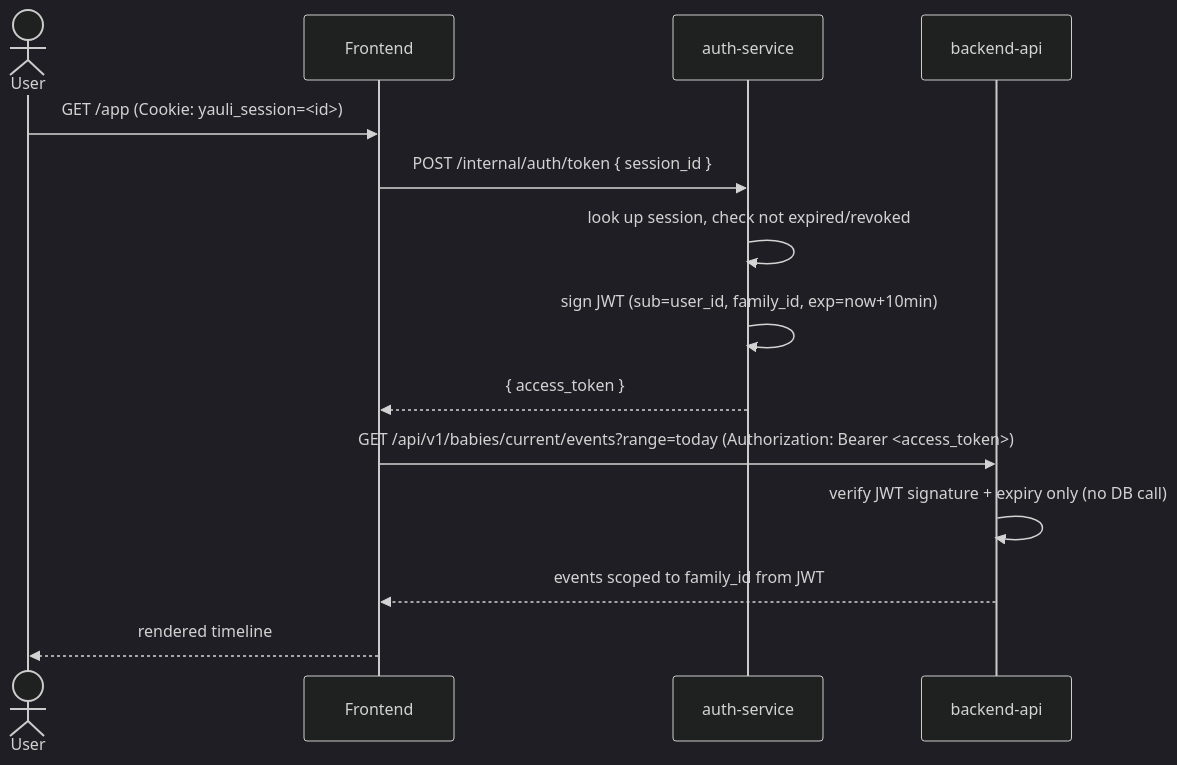
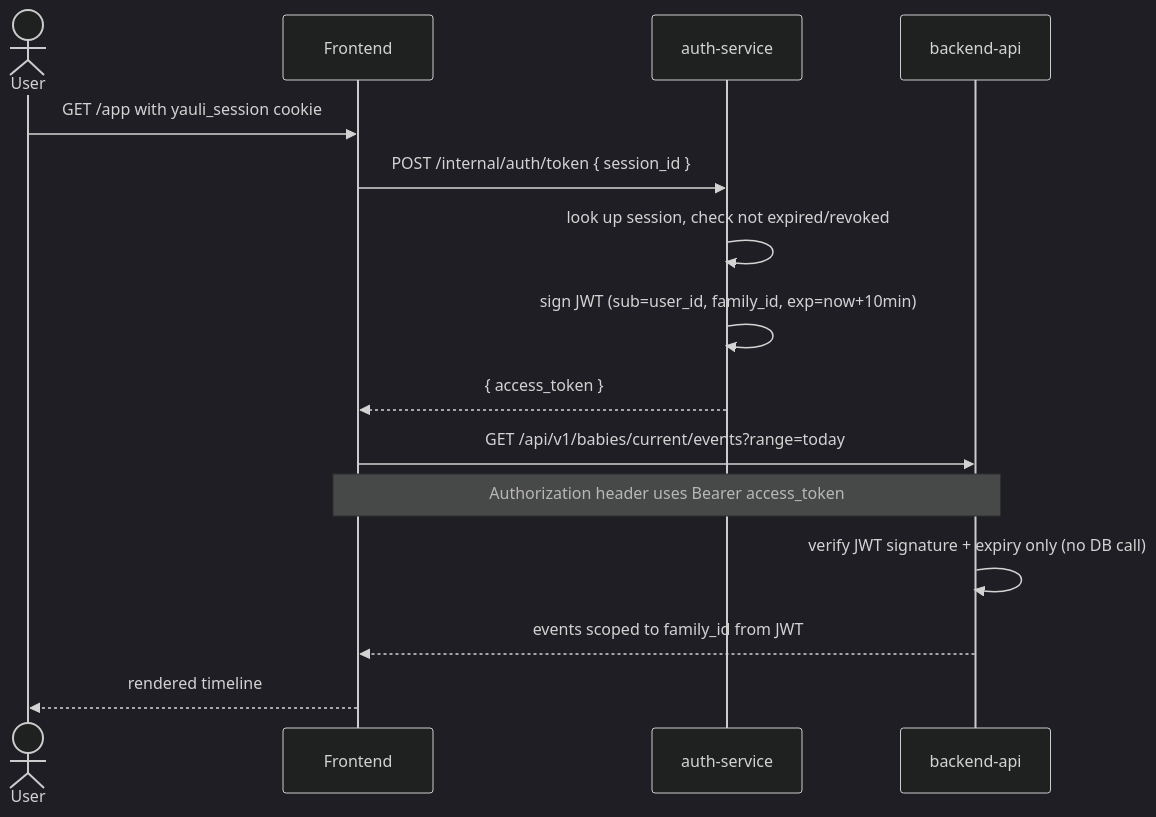
The second of 4 diagrams in docs/auth-magic-link.md (andreistefanciprian/yauyau), drawn with Mermaid (dark theme) before and after one commit. The commit also changed other lines of this file, not shown here.

Commit message:
Fix auth magic link Mermaid diagram

````diff
--- a/docs/auth-magic-link.md
+++ b/docs/auth-magic-link.md
@@ -164,17 +167,18 @@
 ```mermaid
 sequenceDiagram
     actor User
     participant Frontend
     participant Auth as auth-service
     participant Backend as backend-api
 
-    User->>Frontend: GET /app (Cookie: yauli_session=<id>)
+    User->>Frontend: GET /app with yauli_session cookie
     Frontend->>Auth: POST /internal/auth/token { session_id }
     Auth->>Auth: look up session, check not expired/revoked
     Auth->>Auth: sign JWT (sub=user_id, family_id, exp=now+10min)
     Auth-->>Frontend: { access_token }
-    Frontend->>Backend: GET /api/v1/babies/current/events?range=today (Authorization: Bearer <access_token>)
+    Frontend->>Backend: GET /api/v1/babies/current/events?range=today
+    Note over Frontend,Backend: Authorization header uses Bearer access_token
     Backend->>Backend: verify JWT signature + expiry only (no DB call)
     Backend-->>Frontend: events scoped to family_id from JWT
     Frontend-->>User: rendered timeline
 ```
````
